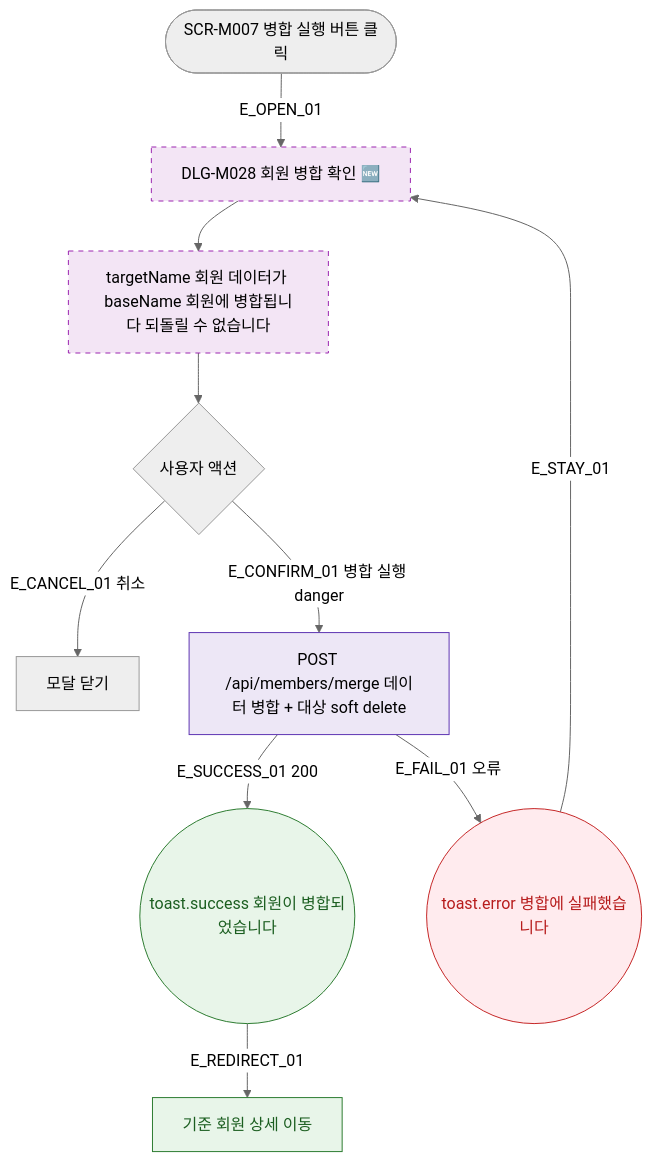
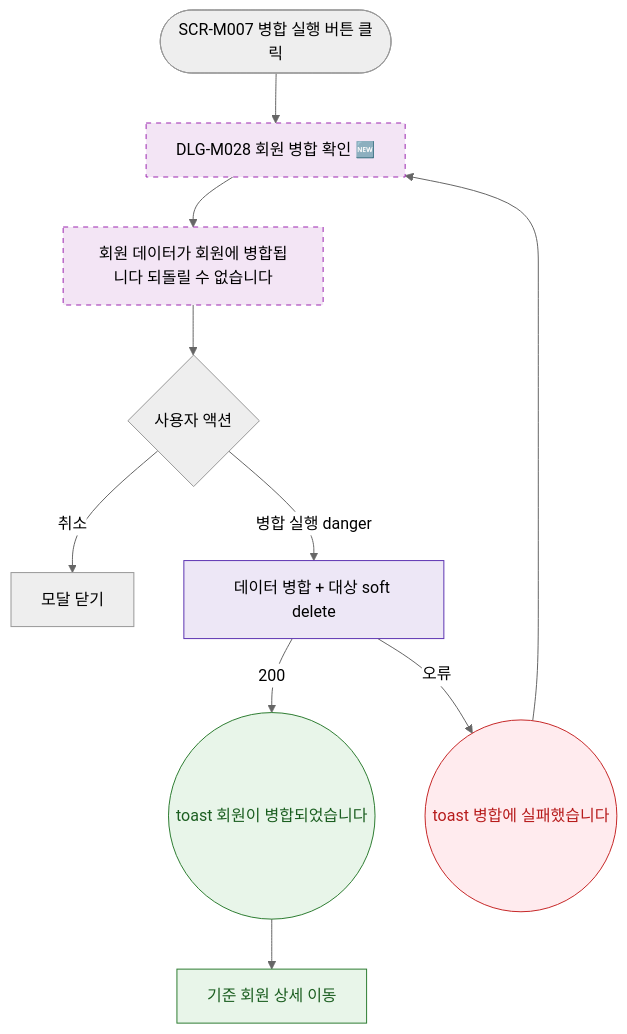
One commit to dev-spogym/admin-pando changed the diagram in docs/다이어그램/D02_회원관리/DLG/DLG-M028_회원병합확인/M1_생명주기.md. Above: the diagram before and after it, drawn with Mermaid (neutral theme). The commit also changed other lines of this file and 1660 other files, not shown here.

First line of the commit message:
다이어그램: 기획자/클라이언트 납품본으로 정리

````diff
--- a/docs/다이어그램/D02_회원관리/DLG/DLG-M028_회원병합확인/M1_생명주기.md
+++ b/docs/다이어그램/D02_회원관리/DLG/DLG-M028_회원병합확인/M1_생명주기.md
@@ -22,28 +20,28 @@
 ```mermaid
 flowchart TD
   TRIGGER([SCR-M007 병합 실행 버튼 클릭])
 
-  TRIGGER -->|E_OPEN_01| DLG_OPEN[DLG-M028 회원 병합 확인 🆕]
-  DLG_OPEN --> DESC[targetName 회원 데이터가 baseName 회원에 병합됩니다 되돌릴 수 없습니다]
+  TRIGGER --> DLG_OPEN[DLG-M028 회원 병합 확인 🆕]
+  DLG_OPEN --> DESC[회원 데이터가 회원에 병합됩니다 되돌릴 수 없습니다]
 
   DESC --> USER_ACT{사용자 액션}
 
-  USER_ACT -->|E_CANCEL_01 취소| CLOSE[모달 닫기]
-  USER_ACT -->|E_CONFIRM_01 병합 실행 danger| API_CALL[POST /api/members/merge 데이터 병합 + 대상 soft delete]
+  USER_ACT -->|취소|CLOSE[모달 닫기]
+  USER_ACT -->|병합 실행 danger|API_CALL[데이터 병합 + 대상 soft delete]
 
-  API_CALL -->|E_SUCCESS_01 200| TOAST_OK((toast.success 회원이 병합되었습니다))
-  TOAST_OK -->|E_REDIRECT_01| REDIRECT[기준 회원 상세 이동]
+  API_CALL -->|200|TOAST_OK((toast 회원이 병합되었습니다))
+  TOAST_OK --> REDIRECT[기준 회원 상세 이동]
 
-  API_CALL -->|E_FAIL_01 오류| TOAST_ERR((toast.error 병합에 실패했습니다))
-  TOAST_ERR -->|E_STAY_01| DLG_OPEN
+  API_CALL -->|오류|TOAST_ERR((toast 병합에 실패했습니다))
+  TOAST_ERR --> DLG_OPEN
 
   classDef newFeature fill:#F3E5F5,stroke:#9C27B0,stroke-dasharray:5 5
-  classDef success    fill:#E8F5E9,stroke:#2E7D32,color:#1B5E20
-  classDef error      fill:#FFEBEE,stroke:#C62828,color:#B71C1C
-  classDef system     fill:#EDE7F6,stroke:#5E35B2
+  classDef success fill:#E8F5E9,stroke:#2E7D32,color:#1B5E20
+  classDef error fill:#FFEBEE,stroke:#C62828,color:#B71C1C
+  classDef system fill:#EDE7F6,stroke:#5E35B2
 
   class DLG_OPEN,DESC newFeature
   class TOAST_OK,REDIRECT success
   class TOAST_ERR error
   class API_CALL system
 ```
````
